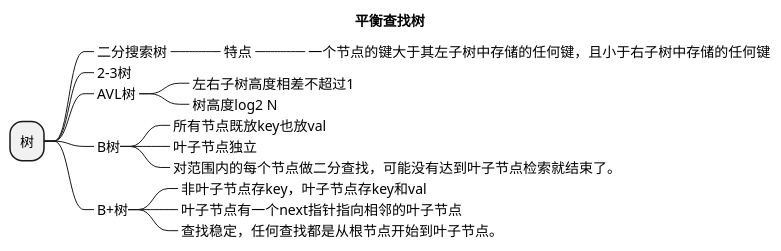
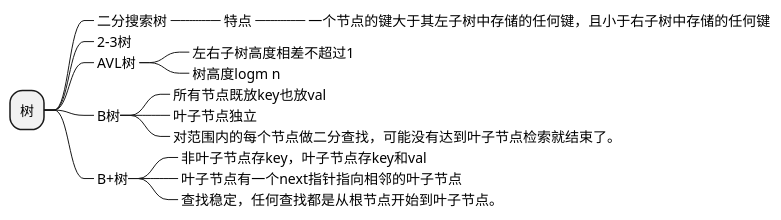
Before and after one commit to yayaa-uuu/study: the fifth of 16 diagrams in 面试/数据库/mysql/mysql.md, drawn with PlantUML. The commit also changed other lines of this file, not shown here.

````diff
--- a/面试/数据库/mysql/mysql.md
+++ b/面试/数据库/mysql/mysql.md
@@ -47,26 +66,24 @@
 ```plantuml
 @startmindmap
-title 平衡查找树
-
 * 树
 **_ 二分搜索树 
 ***_ 特点 
 ****_ 一个节点的键大于其左子树中存储的任何键，且小于右子树中存储的任何键
 
 **_ 2-3树 
 **_ AVL树 
 ***_ 左右子树高度相差不超过1 
-***_ 树高度log2 N 
+***_ 树高度logm n 
 **_ B树
 ***_ 所有节点既放key也放val
 ***_ 叶子节点独立
 ***_ 对范围内的每个节点做二分查找，可能没有达到叶子节点检索就结束了。
 **_ B+树
 ***_ 非叶子节点存key，叶子节点存key和val
 ***_ 叶子节点有一个next指针指向相邻的叶子节点
 ***_ 查找稳定，任何查找都是从根节点开始到叶子节点。
 
 
 
 @endmindmap
 ```
````
